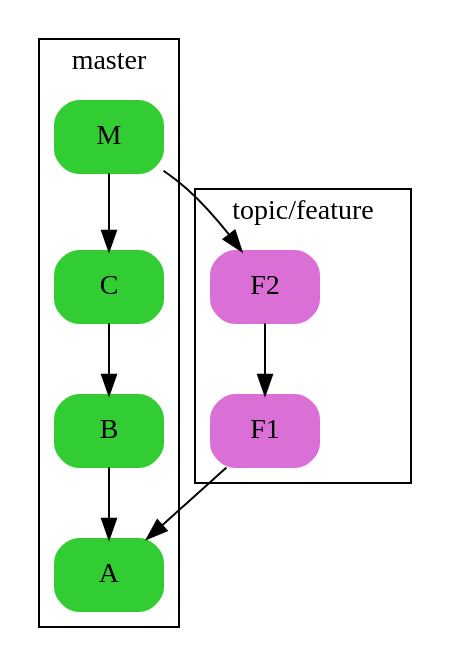
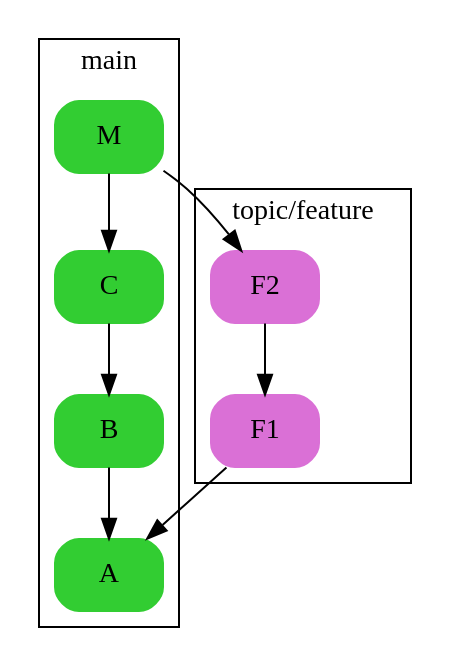
The diagram in git-merge.dot (idiv-biodiversity/git-cheat-sheet), drawn with Graphviz before and after one commit. The commit also changed 4 other files, not shown here.

Commit message:
renames master to main in all dot files

```diff
--- a/git-merge.dot
+++ b/git-merge.dot
@@ -1,30 +1,30 @@
 digraph {
     node [shape = "box", style = "filled, rounded"]
 
-    subgraph clustermaster {
-        label = "master"
+    subgraph clustermain {
+        label = "main"
 
         node [color = limegreen]
 
         A[label = "A"]
         B[label = "B"]
         C[label = "C"]
         M[label = "M"]
 
         M -> C -> B -> A
     }
 
     subgraph clusterfeature {
         label = "topic/feature"
 
         node [color = orchid]
 
         F1[label = "F1"]
         F2[label = "F2"]
 
         F2 -> F1
     }
 
     F1 -> A
     M -> F2 [constraint = false]
 }
```
